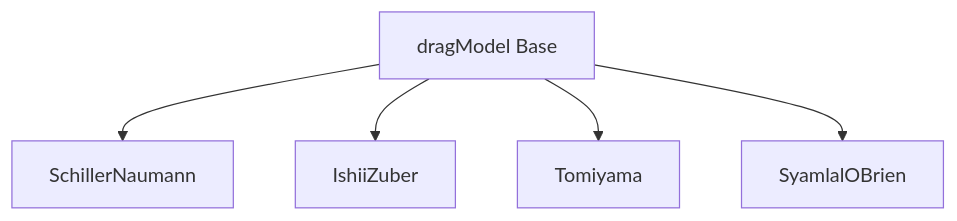
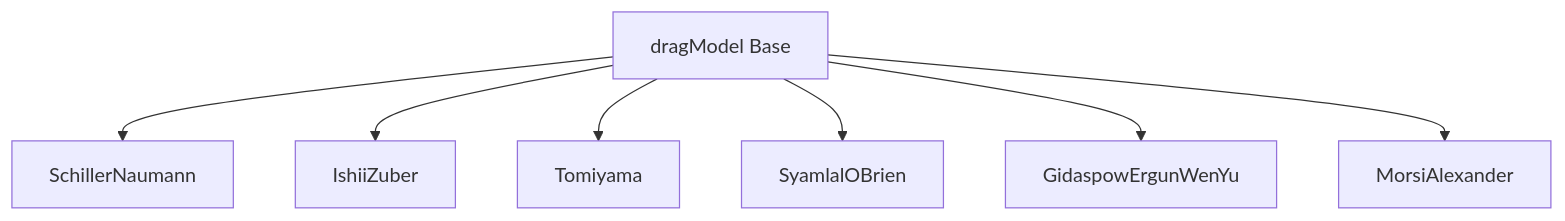
One commit to wramet/build-my-cfd changed the diagram in MODULE_04_MULTIPHASE_FUNDAMENTALS/CONTENT/04_INTERPHASE_FORCES/01_DRAG/03_OpenFOAM_Implementation.md. Above: the diagram before and after it, drawn with Mermaid. The commit also changed other lines of this file and 75 other files, not shown here.

````diff
--- a/MODULE_04_MULTIPHASE_FUNDAMENTALS/CONTENT/04_INTERPHASE_FORCES/01_DRAG/03_OpenFOAM_Implementation.md
+++ b/MODULE_04_MULTIPHASE_FUNDAMENTALS/CONTENT/04_INTERPHASE_FORCES/01_DRAG/03_OpenFOAM_Implementation.md
@@ -9,7 +19,9 @@
 ```mermaid
 flowchart TD
     A[dragModel Base] --> B[SchillerNaumann]
     A --> C[IshiiZuber]
     A --> D[Tomiyama]
     A --> E[SyamlalOBrien]
+    A --> F[GidaspowErgunWenYu]
+    A --> G[MorsiAlexander]
 ```
````
